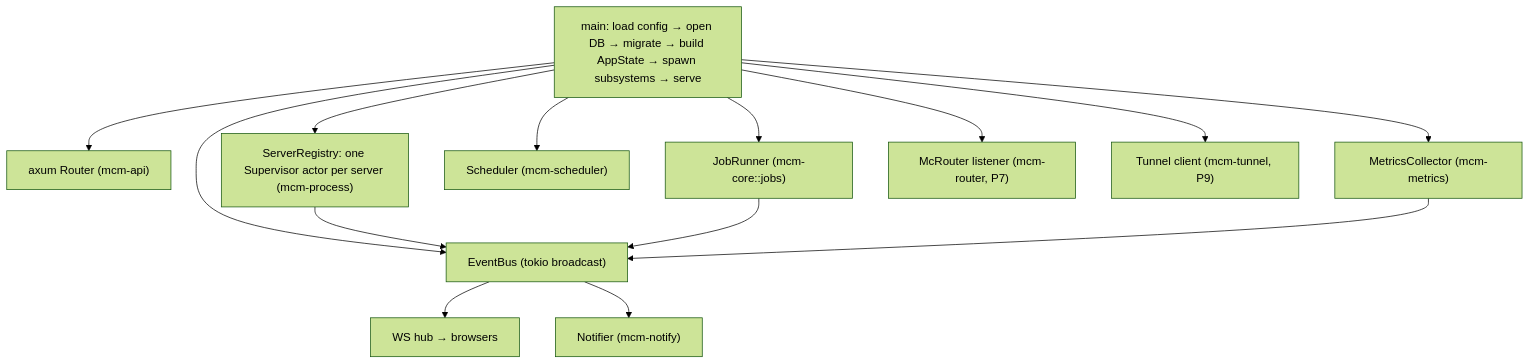
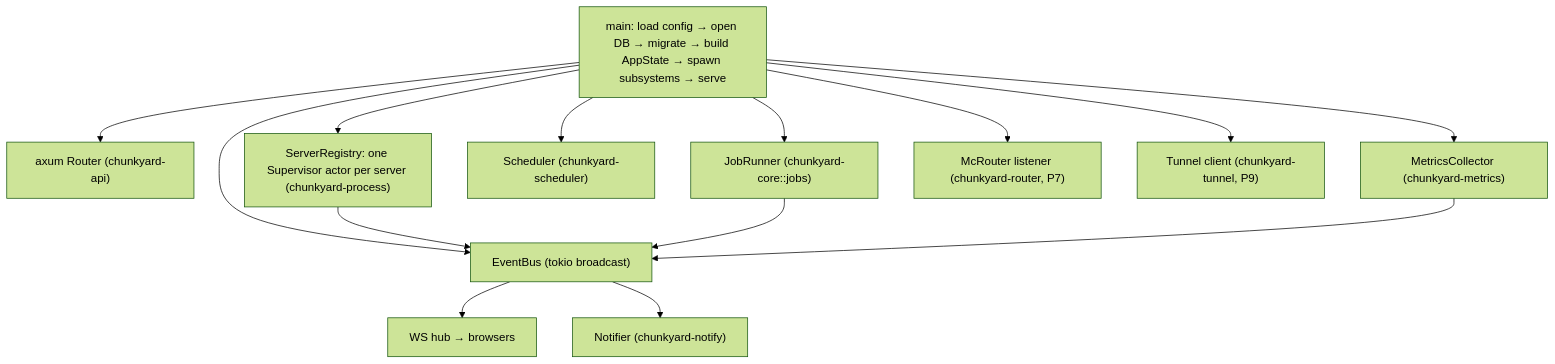
Before and after one commit to twofold-studio/chunkyard: the second of 2 diagrams in specs/architecture/overview.md, drawn with Mermaid (forest theme). The commit also changed other lines of this file and 355 other files, not shown here.

````diff
--- a/specs/architecture/overview.md
+++ b/specs/architecture/overview.md
@@ -69,17 +69,17 @@
 ```mermaid
 flowchart TB
   main["main: load config → open DB → migrate → build AppState → spawn subsystems → serve"]
-  main --> api["axum Router (mcm-api)"]
-  main --> sup["ServerRegistry: one Supervisor actor per server (mcm-process)"]
-  main --> jobs["JobRunner (mcm-core::jobs)"]
-  main --> sched["Scheduler (mcm-scheduler)"]
-  main --> met["MetricsCollector (mcm-metrics)"]
-  main --> router["McRouter listener (mcm-router, P7)"]
-  main --> tunnel["Tunnel client (mcm-tunnel, P9)"]
+  main --> api["axum Router (chunkyard-api)"]
+  main --> sup["ServerRegistry: one Supervisor actor per server (chunkyard-process)"]
+  main --> jobs["JobRunner (chunkyard-core::jobs)"]
+  main --> sched["Scheduler (chunkyard-scheduler)"]
+  main --> met["MetricsCollector (chunkyard-metrics)"]
+  main --> router["McRouter listener (chunkyard-router, P7)"]
+  main --> tunnel["Tunnel client (chunkyard-tunnel, P9)"]
   main --> bus["EventBus (tokio broadcast)"]
   sup --> bus
   jobs --> bus
   met --> bus
   bus --> ws["WS hub → browsers"]
-  bus --> notify["Notifier (mcm-notify)"]
+  bus --> notify["Notifier (chunkyard-notify)"]
 ```
````
